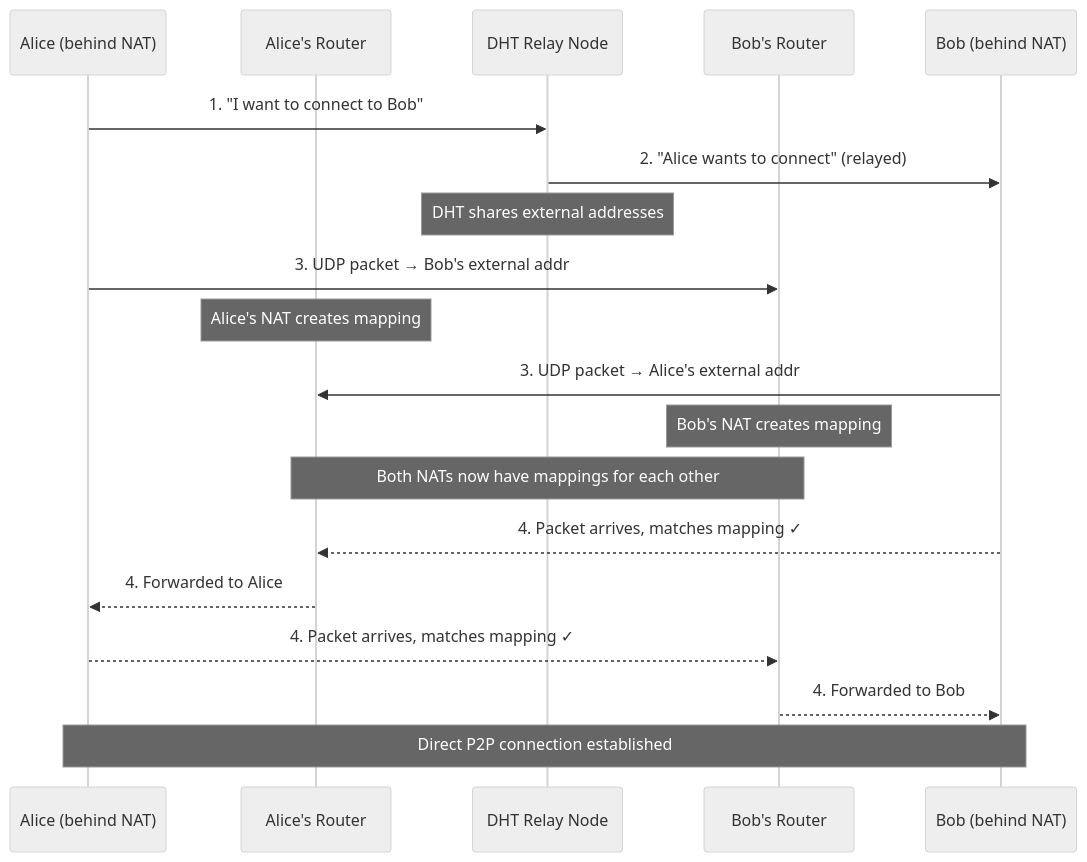
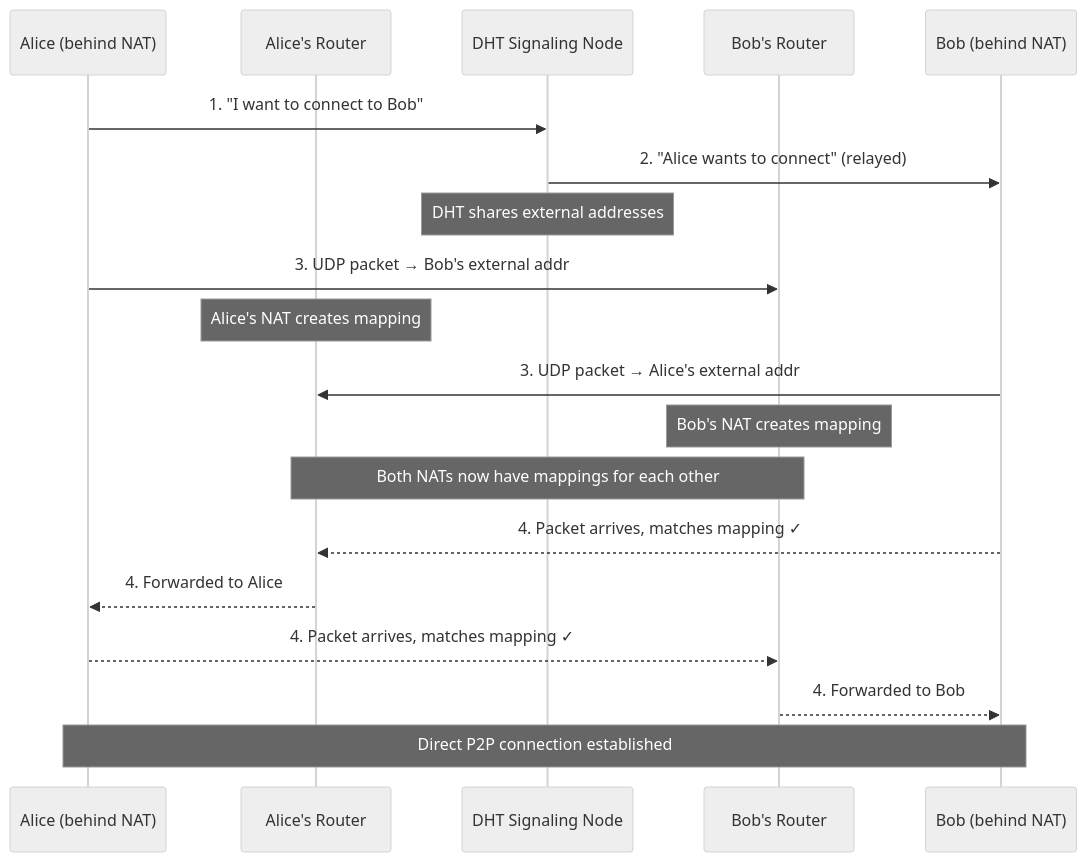
One commit to heart-IT/p2p-from-scratch changed the second of 2 diagrams in md/part-1-nat-holepunching.md. Above: the diagram before and after it, drawn with Mermaid (neutral theme). The commit also changed other lines of this file and 16 other files, not shown here.

````diff
--- a/md/part-1-nat-holepunching.md
+++ b/md/part-1-nat-holepunching.md
@@ -123,26 +129,26 @@
 ```mermaid
 sequenceDiagram
     participant A as Alice (behind NAT)
     participant AR as Alice's Router
-    participant DHT as DHT Relay Node
+    participant DHT as DHT Signaling Node
     participant BR as Bob's Router
     participant B as Bob (behind NAT)
 
     A->>DHT: 1. "I want to connect to Bob"
     DHT->>B: 2. "Alice wants to connect" (relayed)
     Note over DHT: DHT shares external addresses
 
     A->>BR: 3. UDP packet → Bob's external addr
     Note over AR: Alice's NAT creates mapping
     B->>AR: 3. UDP packet → Alice's external addr
     Note over BR: Bob's NAT creates mapping
 
     Note over AR,BR: Both NATs now have mappings for each other
 
     B-->>AR: 4. Packet arrives, matches mapping ✓
     AR-->>A: 4. Forwarded to Alice
     A-->>BR: 4. Packet arrives, matches mapping ✓
     BR-->>B: 4. Forwarded to Bob
 
     Note over A,B: Direct P2P connection established
 ```
````
